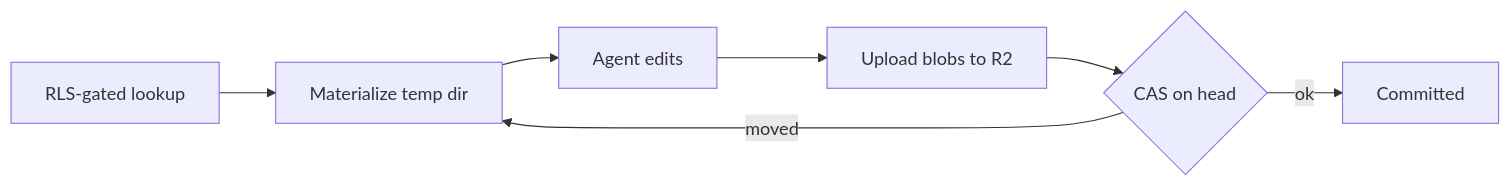
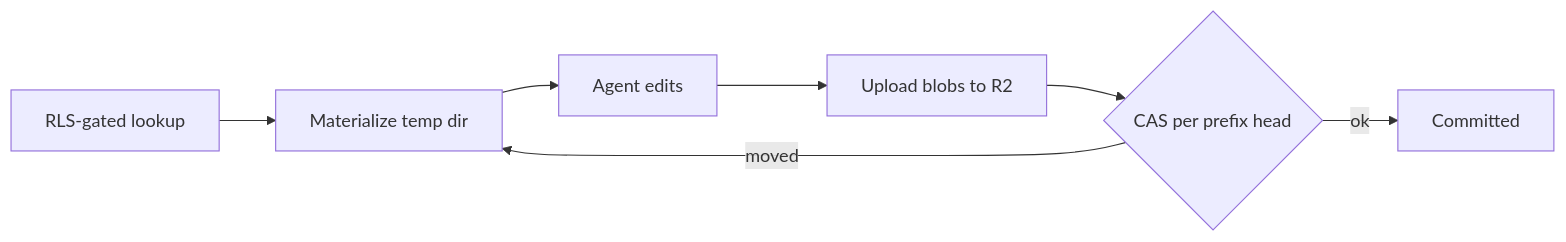
Before and after one commit to adambossy/transactoid: the diagram in docs/superpowers/plans/smartplans/phase-1b/plan-src/phase-1b.md, drawn with Mermaid. The commit also changed other lines of this file and 4 other files, not shown here.

````diff
--- a/docs/superpowers/plans/smartplans/phase-1b/plan-src/phase-1b.md
+++ b/docs/superpowers/plans/smartplans/phase-1b/plan-src/phase-1b.md
@@ -30,9 +30,9 @@
 ```mermaid
 flowchart LR
   look[RLS-gated lookup] --> mat[Materialize temp dir]
   mat --> run[Agent edits]
   run --> up[Upload blobs to R2]
-  up --> cas{CAS on head}
+  up --> cas{CAS per prefix head}
   cas -- ok --> done[Committed]
   cas -- moved --> mat
 ```
````
